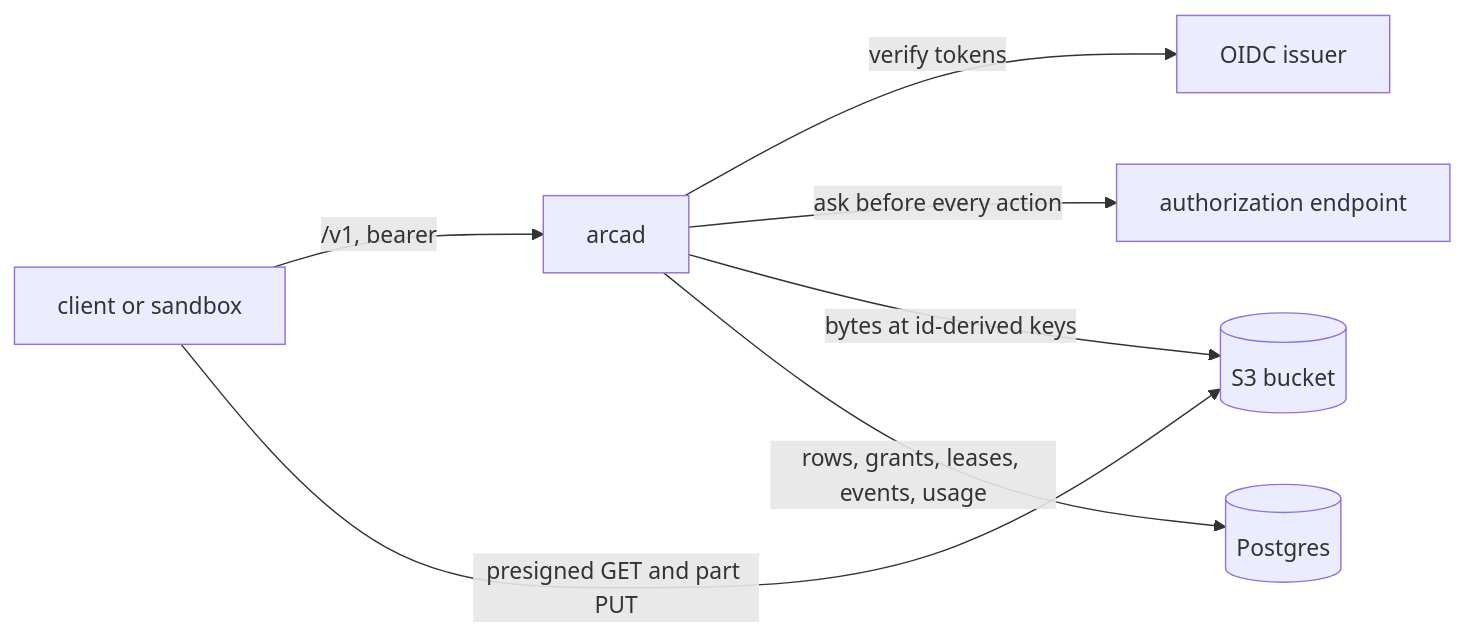
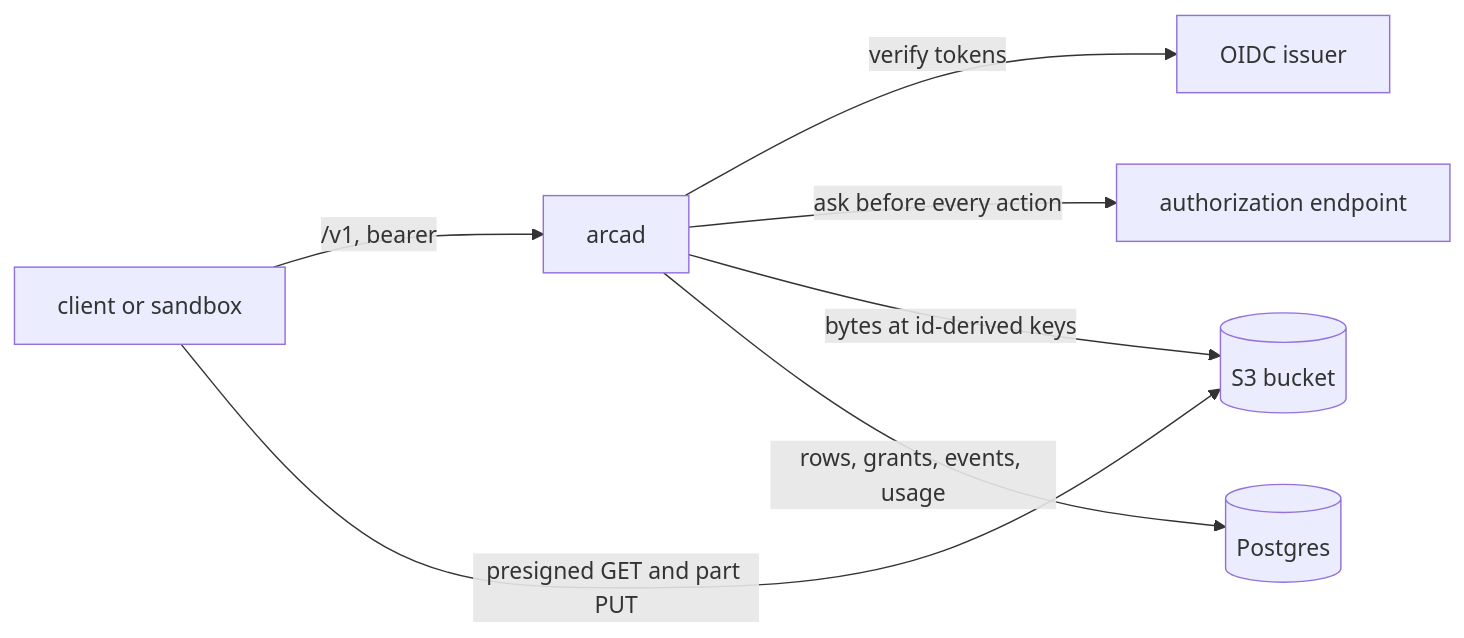
One commit to latere-ai/arca changed the first of 3 diagrams in docs/internals/architecture.md. Above: the diagram before and after it, drawn with Mermaid. The commit also changed other lines of this file and 7 other files, not shown here.

````diff
--- a/docs/internals/architecture.md
+++ b/docs/internals/architecture.md
@@ -10,9 +10,9 @@
 ```mermaid
 flowchart LR
   client[client or sandbox] -->|/v1, bearer| arcad
   client -->|presigned GET and part PUT| bucket[(S3 bucket)]
   arcad -->|verify tokens| issuer[OIDC issuer]
   arcad -->|ask before every action| authz[authorization endpoint]
   arcad -->|bytes at id-derived keys| bucket
-  arcad -->|rows, grants, leases, events, usage| pg[(Postgres)]
+  arcad -->|rows, grants, events, usage| pg[(Postgres)]
 ```
````
